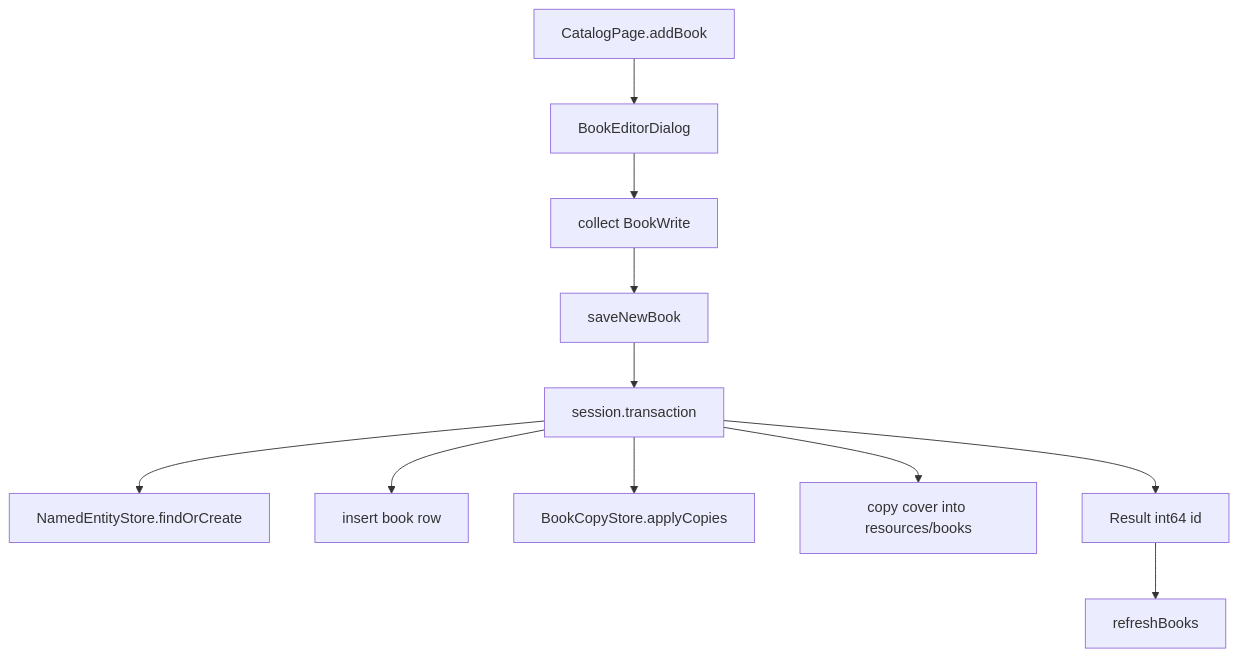
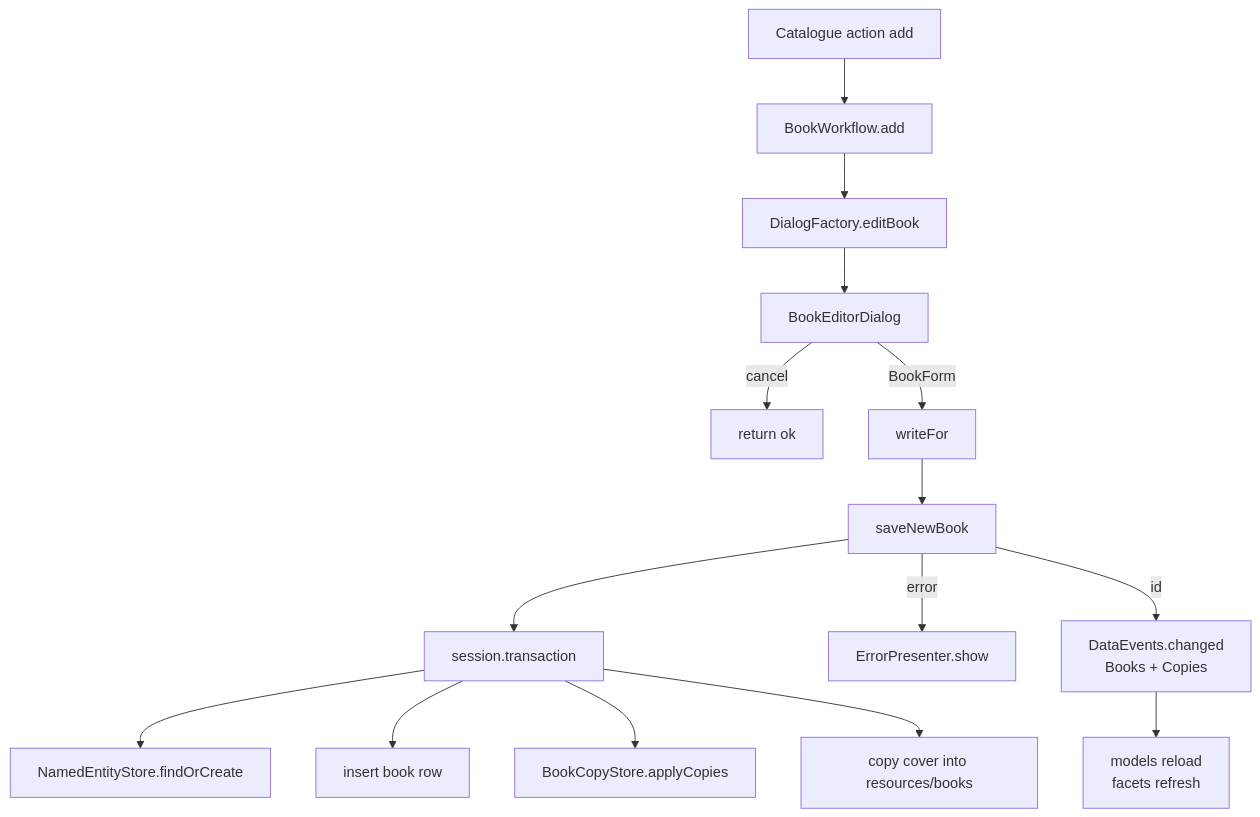
One commit to medaminben/VLMS changed diagram 24 of 28 in docs/architecture/beta-uml.md. Above: the diagram before and after it, drawn with Mermaid. The commit also changed other lines of this file, not shown here.

First line of the commit message:
Refresh the Beta UML for the frontend redesign.

````diff
--- a/docs/architecture/beta-uml.md
+++ b/docs/architecture/beta-uml.md
@@ -799,13 +951,17 @@
 ```mermaid
 flowchart TD
-    P[CatalogPage.addBook] --> D[BookEditorDialog]
-    D --> I[collect BookWrite]
-    I --> S[saveNewBook]
+    P[Catalogue action add] --> W[BookWorkflow.add]
+    W --> F[DialogFactory.editBook]
+    F --> D[BookEditorDialog]
+    D -->|cancel| Z[return ok]
+    D -->|BookForm| WR[writeFor]
+    WR --> S[saveNewBook]
     S --> T[session.transaction]
     T --> N[NamedEntityStore.findOrCreate]
     T --> B[insert book row]
     T --> C[BookCopyStore.applyCopies]
     T --> Cov[copy cover into resources/books]
-    T --> OK[Result int64 id]
-    OK --> P2[refreshBooks]
+    S -->|error| EP[ErrorPresenter.show]
+    S -->|id| EV[DataEvents.changed<br/>Books + Copies]
+    EV --> R[models reload<br/>facets refresh]
 ```
````
